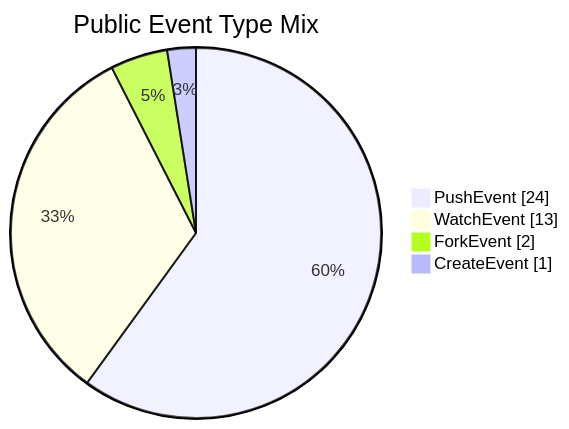
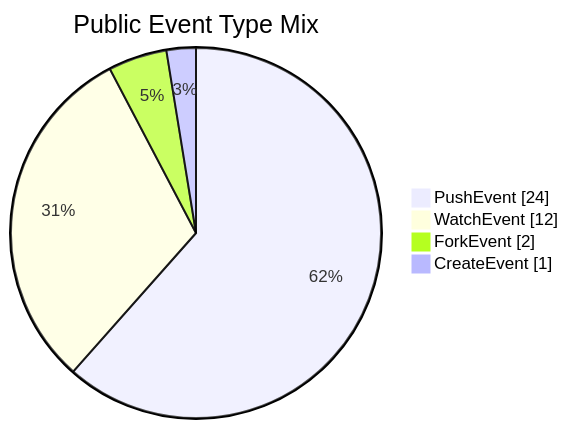
One commit to manhquydev/manhquydev changed the second of 2 diagrams in README.md. Above: the diagram before and after it, drawn with Mermaid. The commit also changed other lines of this file and 4 other files, not shown here.

````diff
--- a/README.md
+++ b/README.md
@@ -138,8 +138,8 @@
 ```mermaid
 pie showData
   title Public Event Type Mix
   "PushEvent" : 24
-  "WatchEvent" : 13
+  "WatchEvent" : 12
   "ForkEvent" : 2
   "CreateEvent" : 1
 ```
````
